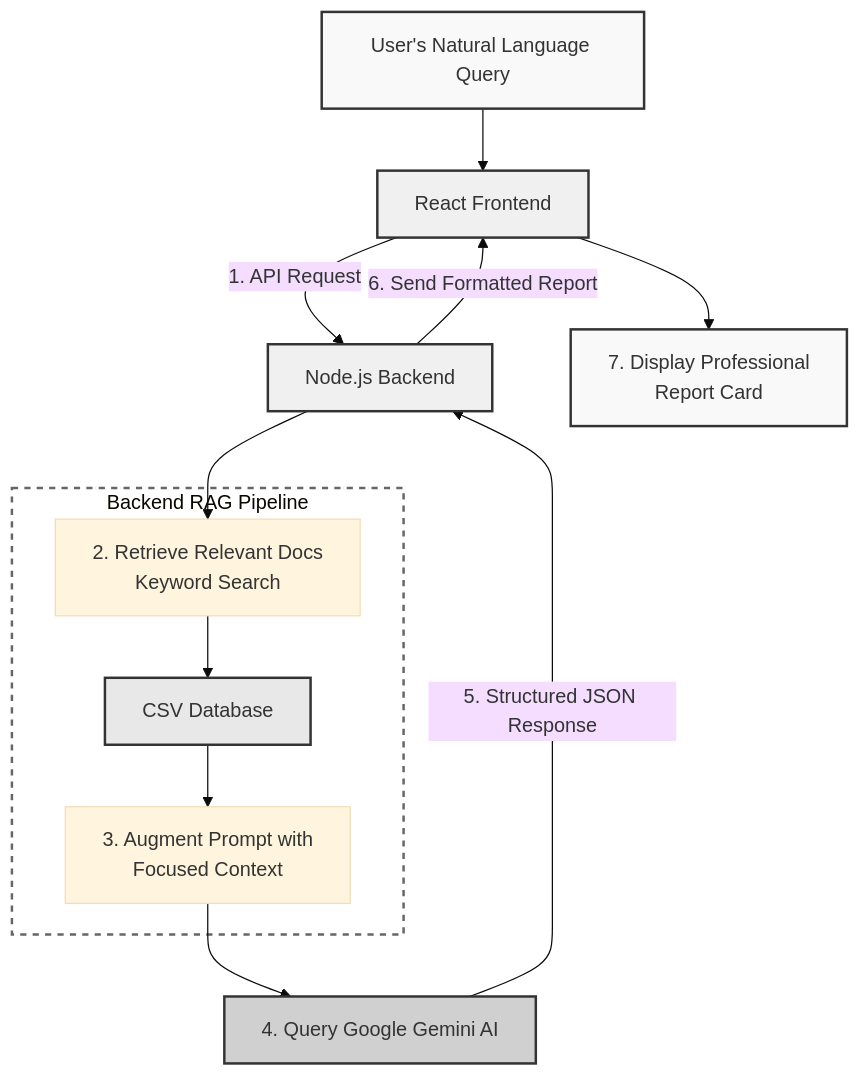
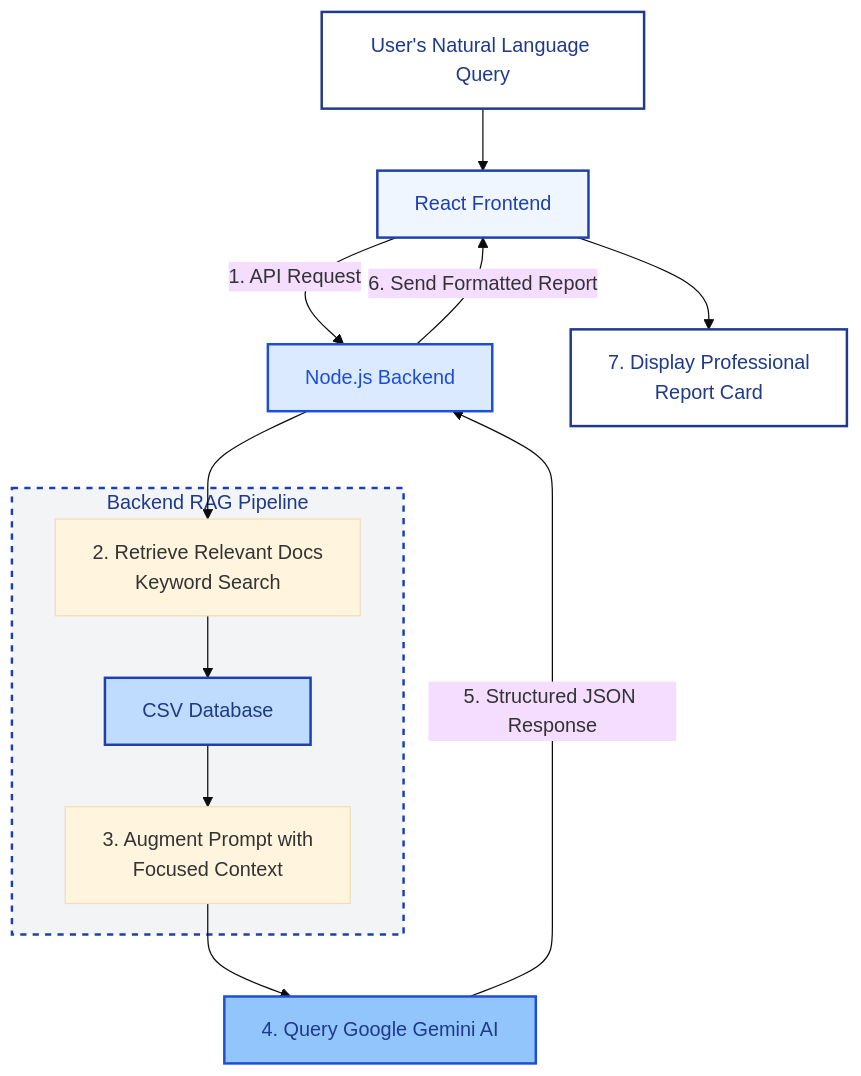
The diagram in README.md (jayadeep8712/Road-Safety-GPT), drawn with Mermaid (base theme) before and after one commit. The commit also changed other lines of this file, not shown here.

````diff
--- a/README.md
+++ b/README.md
@@ -41,24 +41,27 @@
 ```mermaid
 graph TD
     A[User's Natural Language Query] --> B[React Frontend]
     B -->|1. API Request| C[Node.js Backend]
     
     subgraph Backend["Backend RAG Pipeline"]
         C1[2. Retrieve Relevant Docs<br/>Keyword Search] --> D[CSV Database]
         D --> C2[3. Augment Prompt with<br/>Focused Context]
     end
     
     C --> C1
     C2 --> E[4. Query Google Gemini AI]
     E -->|5. Structured JSON Response| C
     C -->|6. Send Formatted Report| B
     B --> G[7. Display Professional<br/>Report Card]
-    
-    style A fill:#f9f9f9,stroke:#333,stroke-width:2px
-    style B fill:#f0f0f0,stroke:#333,stroke-width:2px
-    style C fill:#f0f0f0,stroke:#333,stroke-width:2px
-    style D fill:#e8e8e8,stroke:#333,stroke-width:2px
-    style E fill:#d0d0d0,stroke:#333,stroke-width:2px
-    style G fill:#f9f9f9,stroke:#333,stroke-width:2px
-    style Backend fill:#ffffff,stroke:#666,stroke-width:2px,stroke-dasharray: 5 5
+
+    %% ---- PROFESSIONAL COLORS ----
+    style A fill:#ffffff,stroke:#1E3A8A,stroke-width:2px,color:#1E3A8A
+    style B fill:#EFF6FF,stroke:#1E40AF,stroke-width:2px,color:#1E40AF
+    style C fill:#DBEAFE,stroke:#1D4ED8,stroke-width:2px,color:#1D4ED8
+    style D fill:#BFDBFE,stroke:#1E40AF,stroke-width:2px,color:#1E3A8A
+    style E fill:#93C5FD,stroke:#1D4ED8,stroke-width:2px,color:#1E3A8A
+    style G fill:#ffffff,stroke:#1E3A8A,stroke-width:2px,color:#1E3A8A
+
+    %% Backend Group Style
+    style Backend fill:#F3F4F6,stroke:#1E40AF,stroke-width:2px,stroke-dasharray: 5 5,color:#1E3A8A
 ```
````
